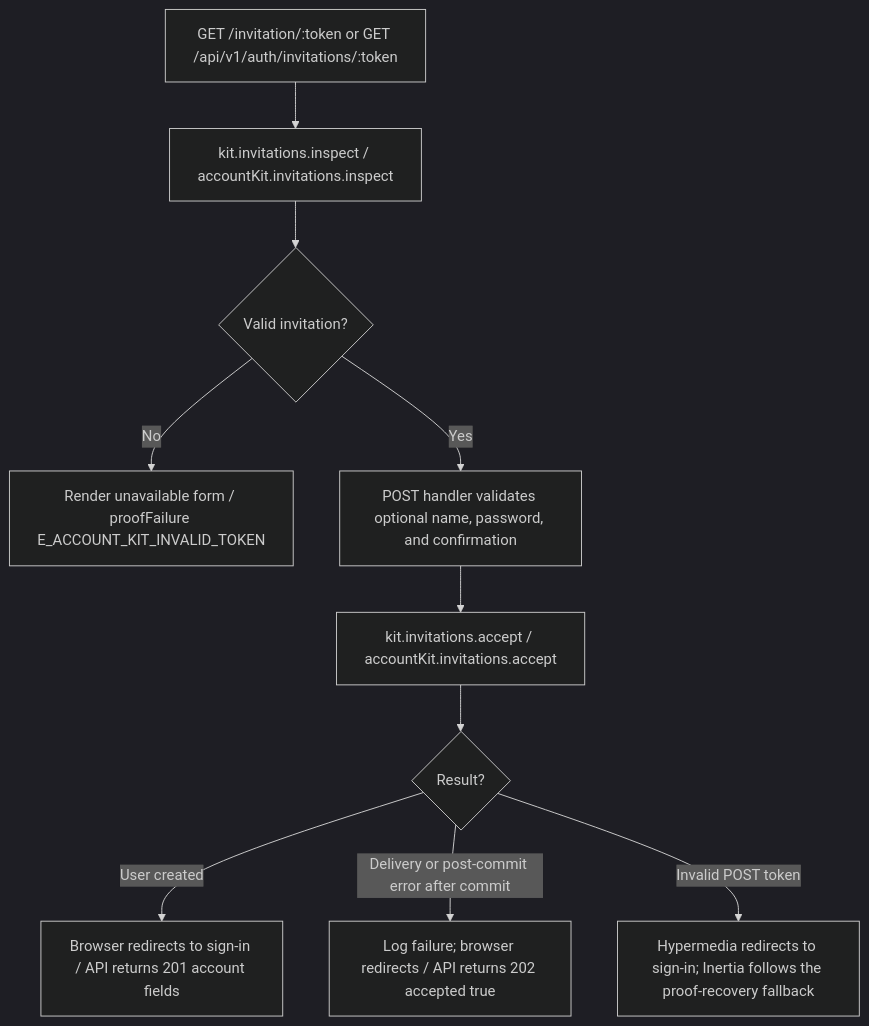
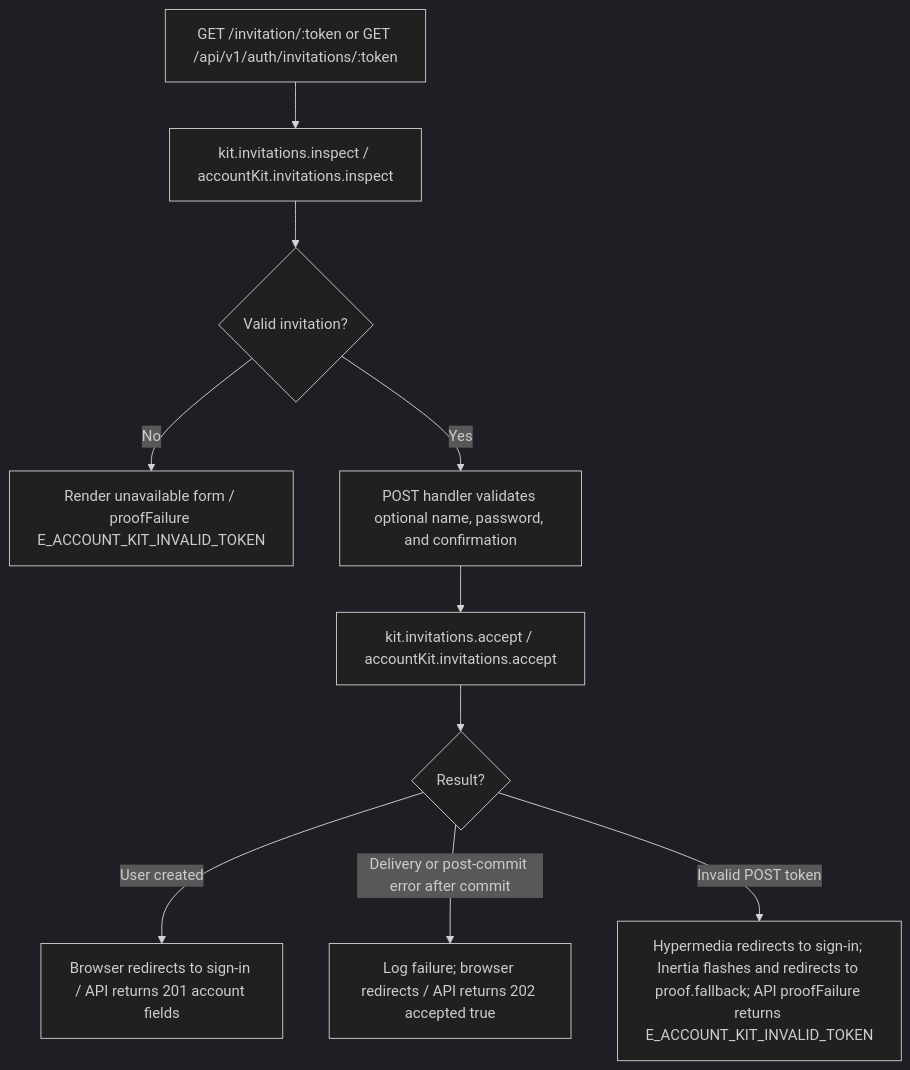
Before and after one commit to Kevinjohn/oss-adonisjs-starter-examples: the second of 2 diagrams in user-stories/teams/us-team-05-accept-invitation.md, drawn with Mermaid (dark theme). The commit also changed other lines of this file and 22 other files, not shown here.

````diff
--- a/user-stories/teams/us-team-05-accept-invitation.md
+++ b/user-stories/teams/us-team-05-accept-invitation.md
@@ -42,12 +46,12 @@
 ```mermaid
 flowchart TD
     A["GET /invitation/:token or GET /api/v1/auth/invitations/:token"] --> B["kit.invitations.inspect / accountKit.invitations.inspect"]
     B --> C{"Valid invitation?"}
     C -->|No| D["Render unavailable form / proofFailure E_ACCOUNT_KIT_INVALID_TOKEN"]
     C -->|Yes| E["POST handler validates optional name, password, and confirmation"]
     E --> F["kit.invitations.accept / accountKit.invitations.accept"]
     F --> G{"Result?"}
     G -->|User created| H["Browser redirects to sign-in / API returns 201 account fields"]
     G -->|Delivery or post-commit error after commit| I["Log failure; browser redirects / API returns 202 accepted true"]
-    G -->|Invalid POST token| J["Hypermedia redirects to sign-in; Inertia follows the proof-recovery fallback"]
+    G -->|Invalid POST token| J["Hypermedia redirects to sign-in; Inertia flashes and redirects to proof.fallback; API proofFailure returns E_ACCOUNT_KIT_INVALID_TOKEN"]
 ```
````
